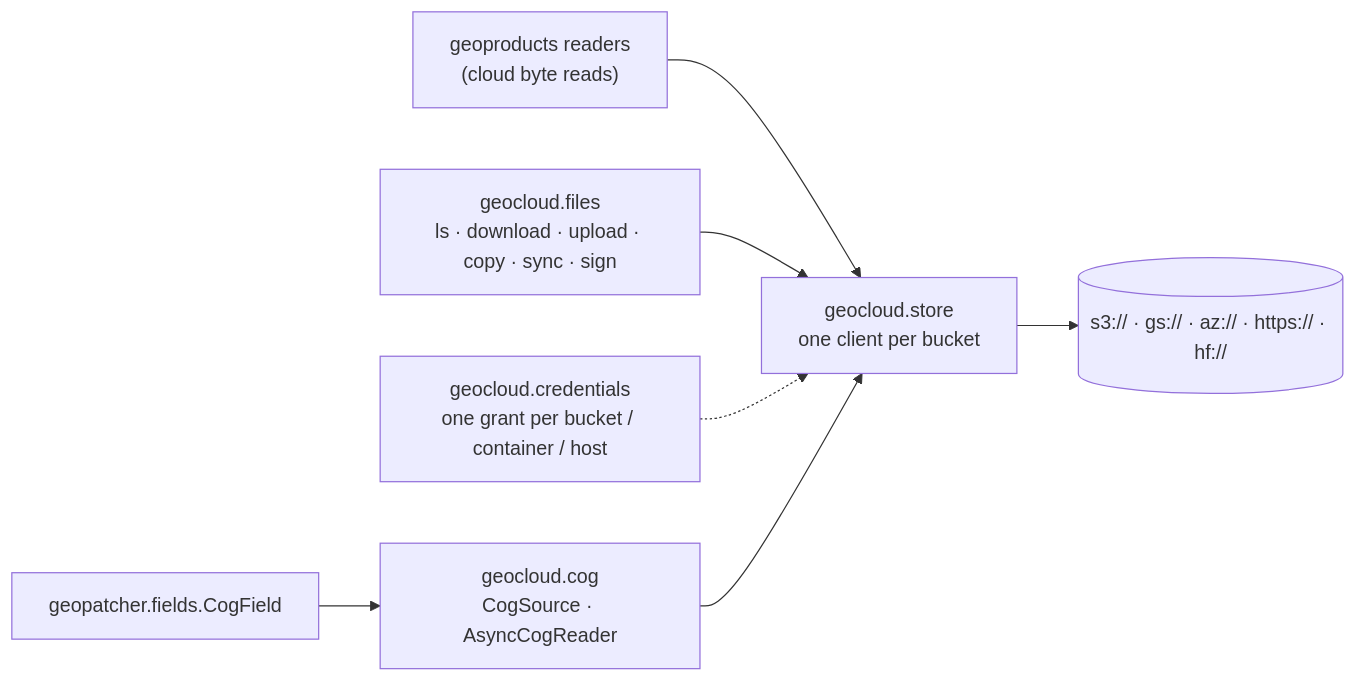
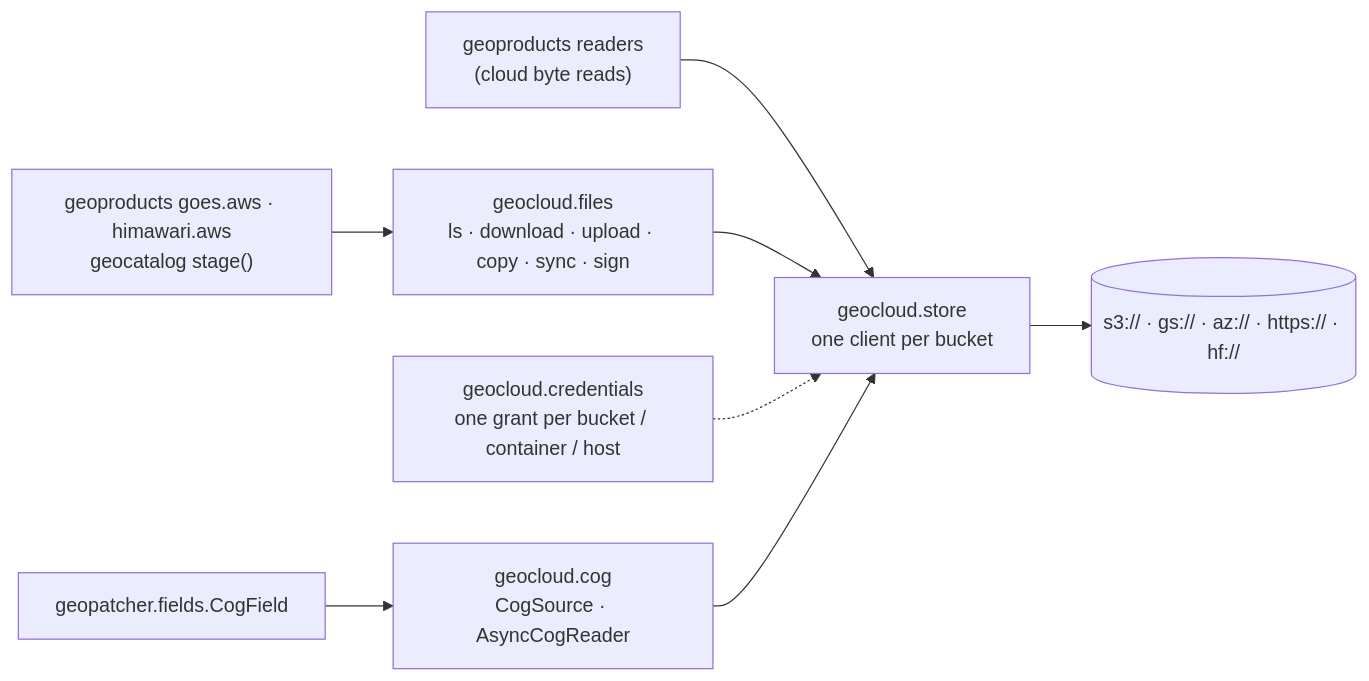
Before and after one commit to jejjohnson/geotoolz: the diagram in docs/cloud/index.md, drawn with Mermaid. The commit also changed other lines of this file and 37 other files, not shown here.

````diff
--- a/docs/cloud/index.md
+++ b/docs/cloud/index.md
@@ -22,9 +24,10 @@
 ```mermaid
 flowchart LR
     P["geopatcher.fields.CogField"] --> C
     R["geoproducts readers<br/>(cloud byte reads)"] --> S
+    A["geoproducts goes.aws · himawari.aws<br/>geocatalog stage()"] --> F
     F["geocloud.files<br/>ls · download · upload · copy · sync · sign"] --> S
     K["geocloud.credentials<br/>one grant per bucket / container / host"] -.-> S
     C["geocloud.cog<br/>CogSource · AsyncCogReader"] --> S["geocloud.store<br/>one client per bucket"]
     S --> B[("s3:// · gs:// · az:// · https:// · hf://")]
 ```
````
